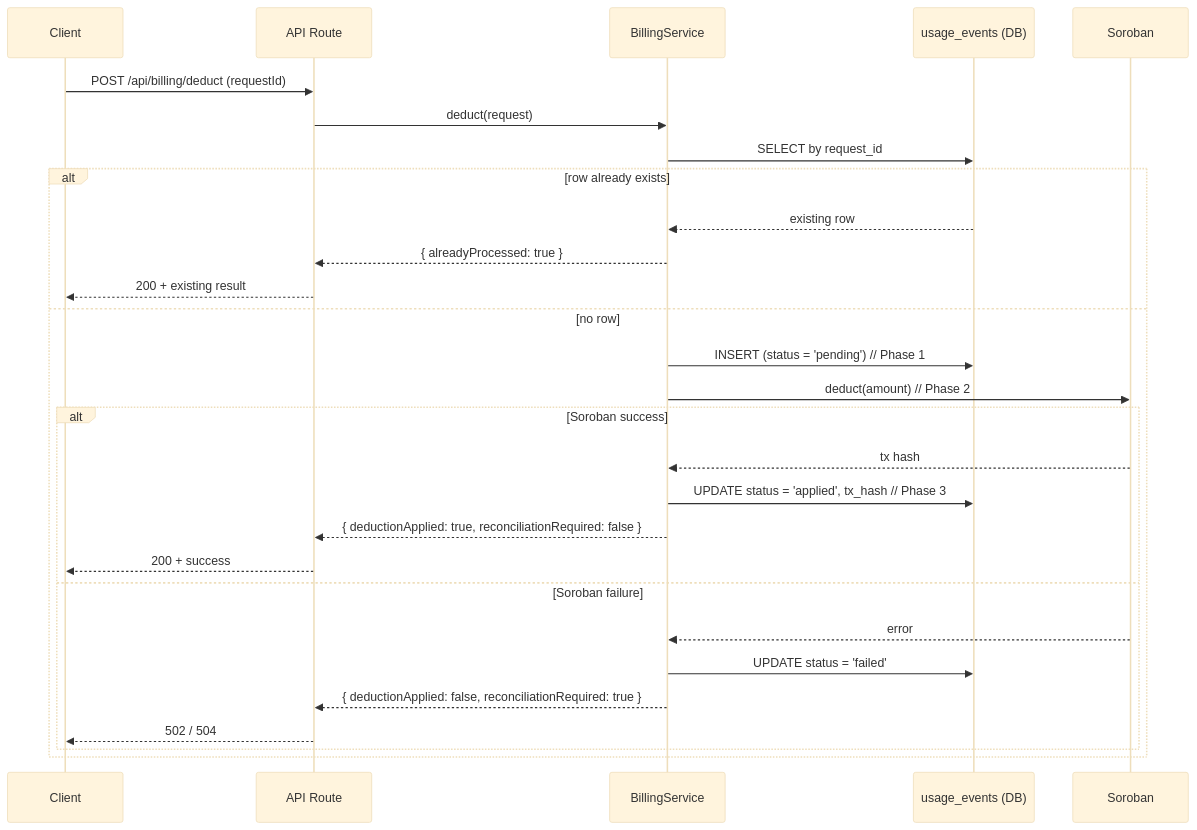
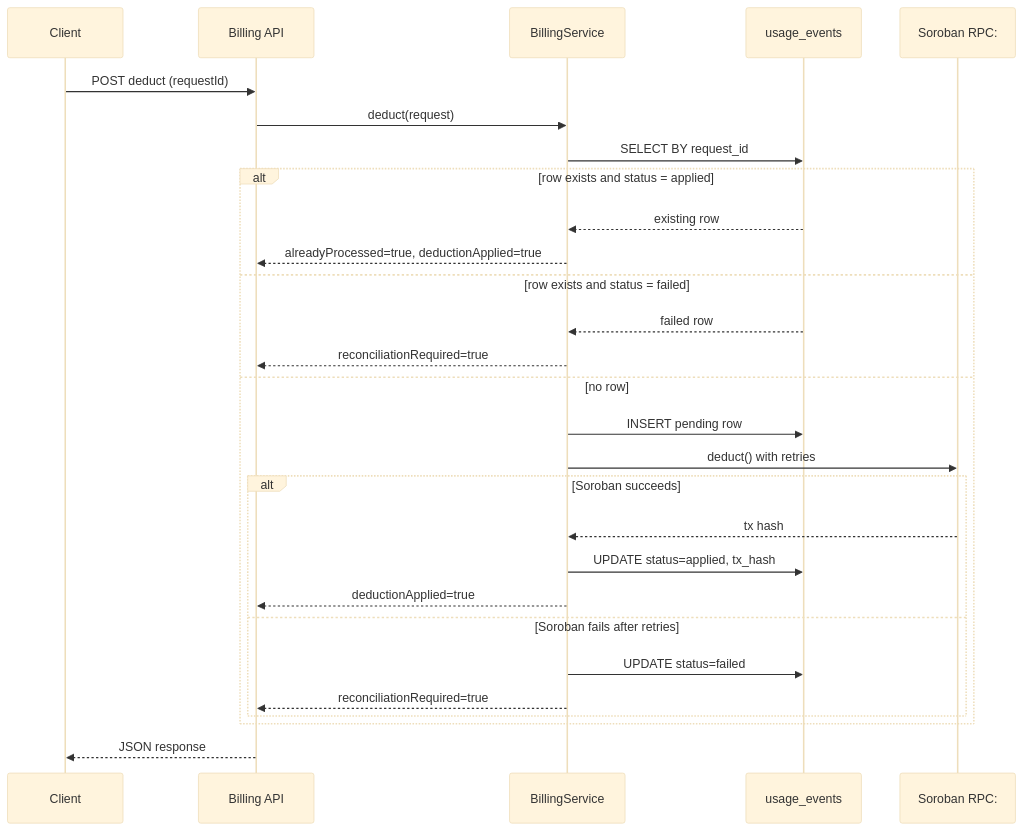
Before and after one commit to CalloraOrg/Callora-Backend: the diagram in docs/sdk/billing-deduct.md, drawn with Mermaid (base theme). The commit also changed other lines of this file and 2 other files, not shown here.

Commit message:
security: Diagram the three-phase billing deduct lifecycle (#1331)

````diff
--- a/docs/sdk/billing-deduct.md
+++ b/docs/sdk/billing-deduct.md
@@ -47,31 +61,32 @@
 ```mermaid
 sequenceDiagram
-    participant C as Client
-    participant A as API Route
-    participant B as BillingService
-    participant D as usage_events (DB)
-    participant S as Soroban
+    participant Client
+    participant API as Billing API
+    participant Svc as BillingService
+    participant DB as usage_events
+    participant Soroban as Soroban RPC:
 
-    C->>A: POST /api/billing/deduct (requestId)
-    A->>B: deduct(request)
-    B->>D: SELECT by request_id
-    alt row already exists
-        D-->>B: existing row
-        B-->>A: { alreadyProcessed: true }
-        A-->>C: 200 + existing result
+    Client->>API: POST deduct (requestId)
+    API->>Svc: deduct(request)
+    Svc->>DB: SELECT BY request_id
+    alt row exists and status = applied
+        DB-->>Svc: existing row
+        Svc-->>API: alreadyProcessed=true, deductionApplied=true
+    else row exists and status = failed
+        DB-->>Svc: failed row
+        Svc-->>API: reconciliationRequired=true
     else no row
-        B->>D: INSERT (status = 'pending')  // Phase 1
-        B->>S: deduct(amount)                // Phase 2
-        alt Soroban success
-            S-->>B: tx hash
-            B->>D: UPDATE status = 'applied', tx_hash  // Phase 3
-            B-->>A: { deductionApplied: true, reconciliationRequired: false }
-            A-->>C: 200 + success
-        else Soroban failure
-            S-->>B: error
-            B->>D: UPDATE status = 'failed'
-            B-->>A: { deductionApplied: false, reconciliationRequired: true }
-            A-->>C: 502 / 504
+        Svc->>DB: INSERT pending row
+        Svc->>Soroban: deduct() with retries
+        alt Soroban succeeds
+            Soroban-->>Svc: tx hash
+            Svc->>DB: UPDATE status=applied, tx_hash
+            Svc-->>API: deductionApplied=true
+        else Soroban fails after retries
+            Svc->>DB: UPDATE status=failed
+            Svc-->>API: reconciliationRequired=true
         end
     end
+    API-->>Client: JSON response
+
 ```
````
